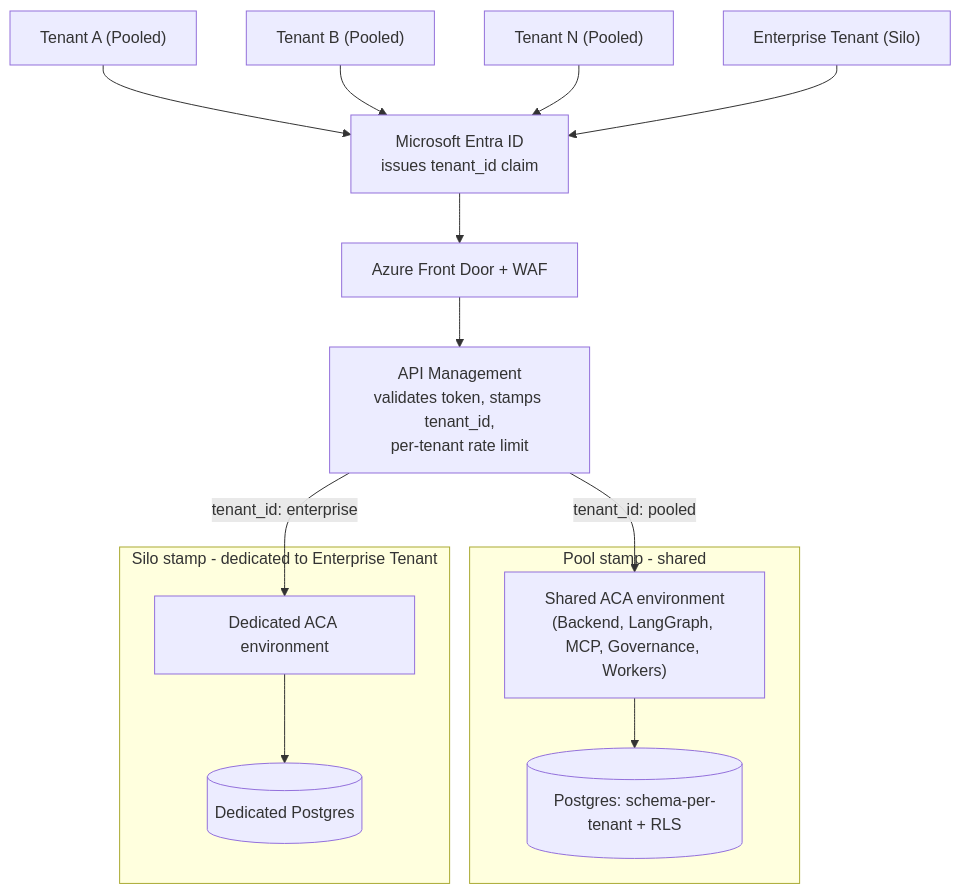
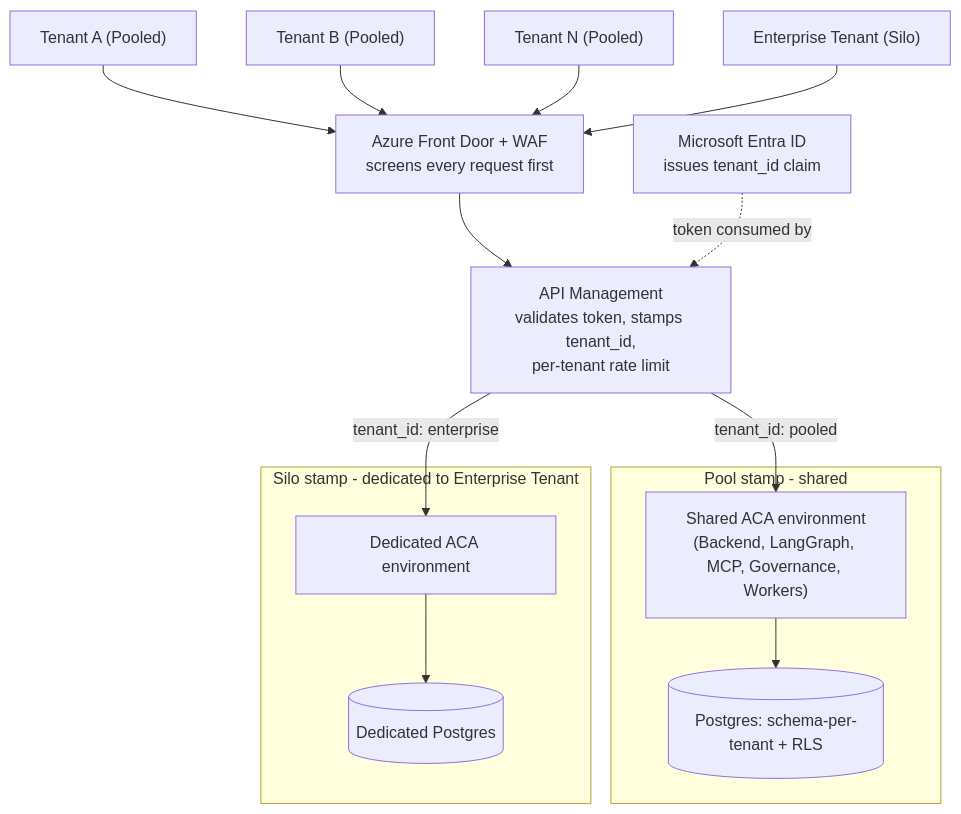
The fifth of 6 diagrams in docs/07-multitenancy-explained.md (shaleen-wonder-ent/agentic-ai-saas-architecture), drawn with Mermaid before and after one commit. The commit also changed other lines of this file, not shown here.

````diff
--- a/docs/07-multitenancy-explained.md
+++ b/docs/07-multitenancy-explained.md
@@ -138,28 +138,29 @@
 ```mermaid
 flowchart TB
     TA["Tenant A (Pooled)"]
     TB["Tenant B (Pooled)"]
     TN["Tenant N (Pooled)"]
     TE["Enterprise Tenant (Silo)"]
 
     ID["Microsoft Entra ID<br/>issues tenant_id claim"]
-    FD["Azure Front Door + WAF"]
+    FD["Azure Front Door + WAF<br/>screens every request first"]
     APIM["API Management<br/>validates token, stamps tenant_id,<br/>per-tenant rate limit"]
 
-    TA & TB & TN & TE --> ID --> FD --> APIM
+    TA & TB & TN & TE --> FD --> APIM
+    ID -.->|"token consumed by"| APIM
 
     subgraph PoolStamp["Pool stamp - shared"]
         PApp["Shared ACA environment<br/>(Backend, LangGraph, MCP, Governance, Workers)"]
         PDB[("Postgres: schema-per-tenant + RLS")]
         PApp --> PDB
     end
 
     subgraph SiloStamp["Silo stamp - dedicated to Enterprise Tenant"]
         SApp["Dedicated ACA environment"]
         SDB[("Dedicated Postgres")]
         SApp --> SDB
     end
 
     APIM -->|"tenant_id: pooled"| PApp
     APIM -->|"tenant_id: enterprise"| SApp
 ```
````
